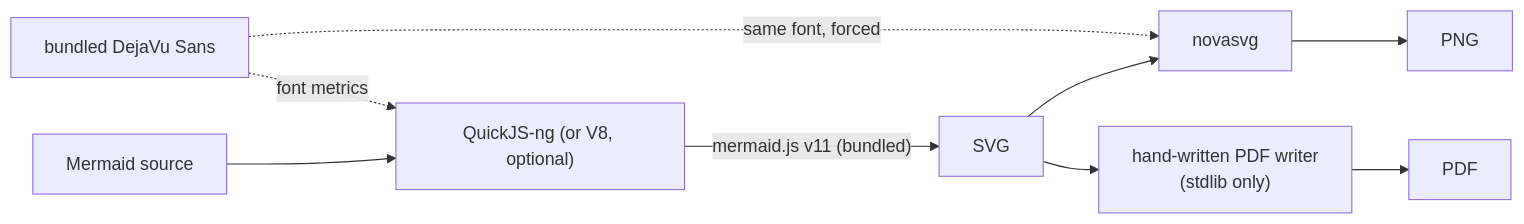
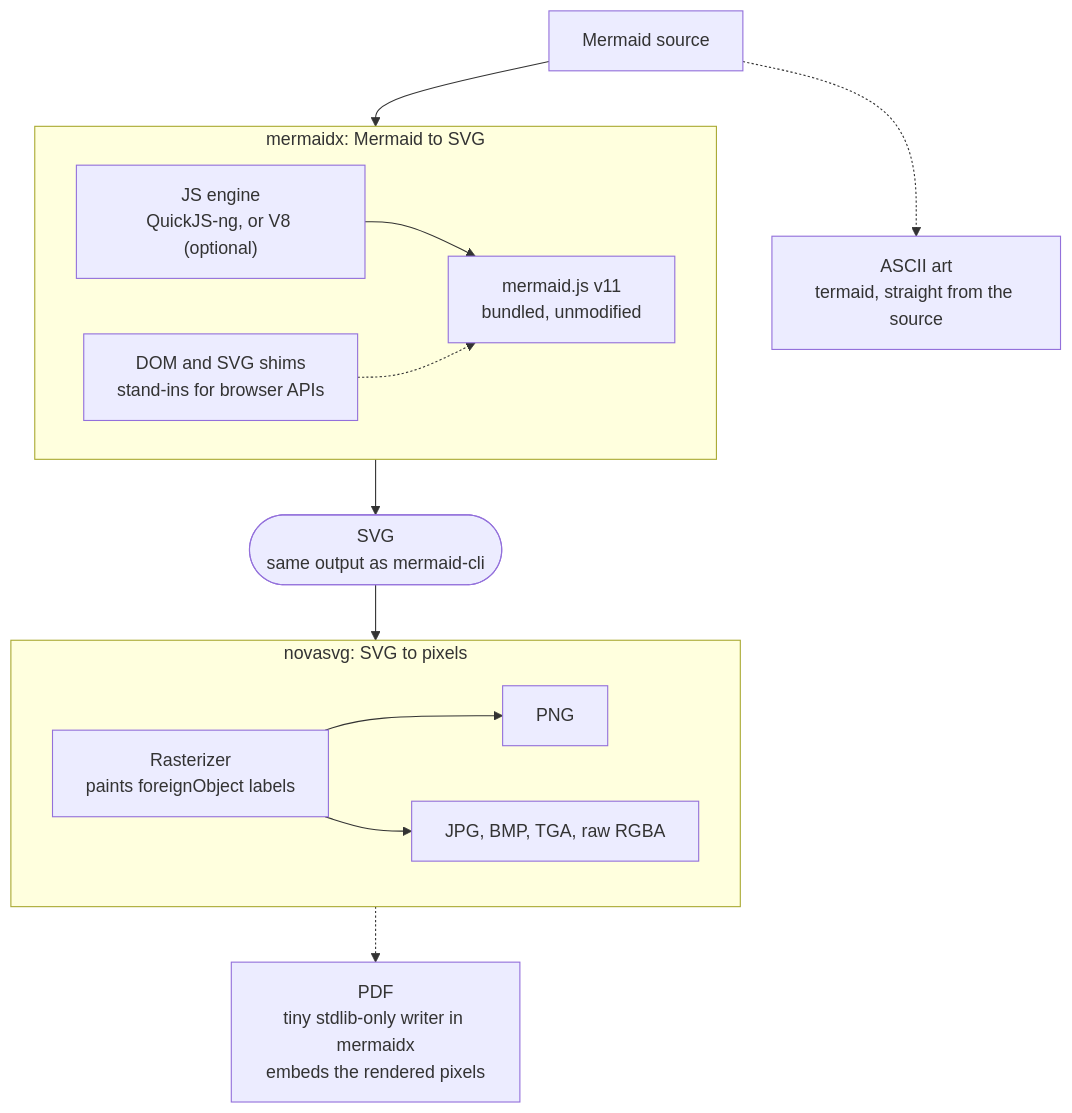
Before and after one commit to MohammadRaziei/mermaidx: the diagram in README.md, drawn with Mermaid. The commit also changed other lines of this file, not shown here.

````diff
--- a/README.md
+++ b/README.md
@@ -134,12 +104,22 @@
 ```mermaid
-flowchart LR
-    A[Mermaid source] --> B["QuickJS-ng (or V8, optional)"]
-    B -->|"mermaid.js v11 (bundled)"| C[SVG]
-    C --> D[novasvg]
-    D --> E[PNG]
-    C --> F["hand-written PDF writer<br/>(stdlib only)"]
-    F --> G[PDF]
+flowchart TB
+    SRC["Mermaid source"] --> MX
+    SRC -.-> ASCII["ASCII art<br/>termaid, straight from the source"]
 
-    H[bundled DejaVu Sans] -.font metrics.-> B
-    H -.same font, forced.-> D
+    subgraph MX ["mermaidx: Mermaid to SVG"]
+        direction LR
+        JS["JS engine<br/>QuickJS-ng, or V8 (optional)"] --> MJS["mermaid.js v11<br/>bundled, unmodified"]
+        SHIM["DOM and SVG shims<br/>stand-ins for browser APIs"] -.-> MJS
+    end
+
+    MX --> SVG(["SVG<br/>same output as mermaid-cli"])
+    SVG --> RAS
+
+    subgraph NS ["novasvg: SVG to pixels"]
+        direction LR
+        RAS["Rasterizer<br/>paints foreignObject labels"] --> PNG["PNG"]
+        RAS --> OTHER["JPG, BMP, TGA, raw RGBA"]
+    end
+
+    RAS -.-> PDF["PDF<br/>tiny stdlib-only writer in mermaidx<br/>embeds the rendered pixels"]
 ```
````
